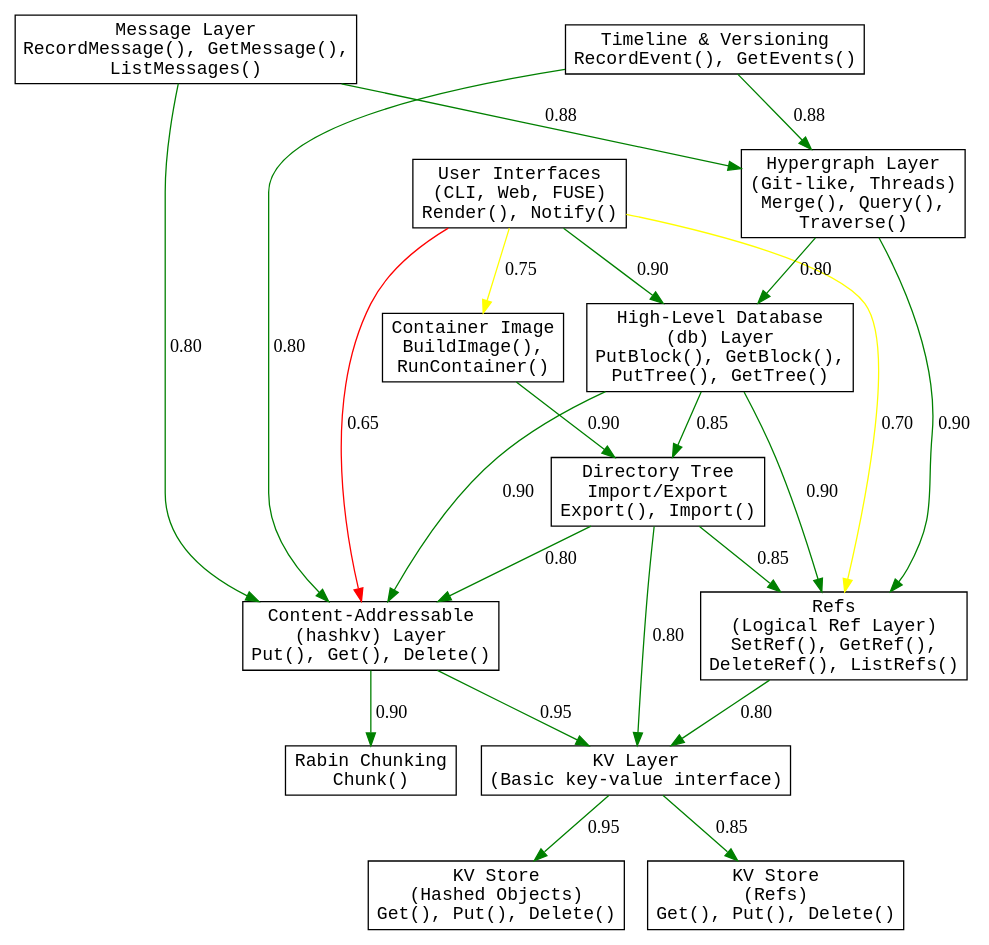
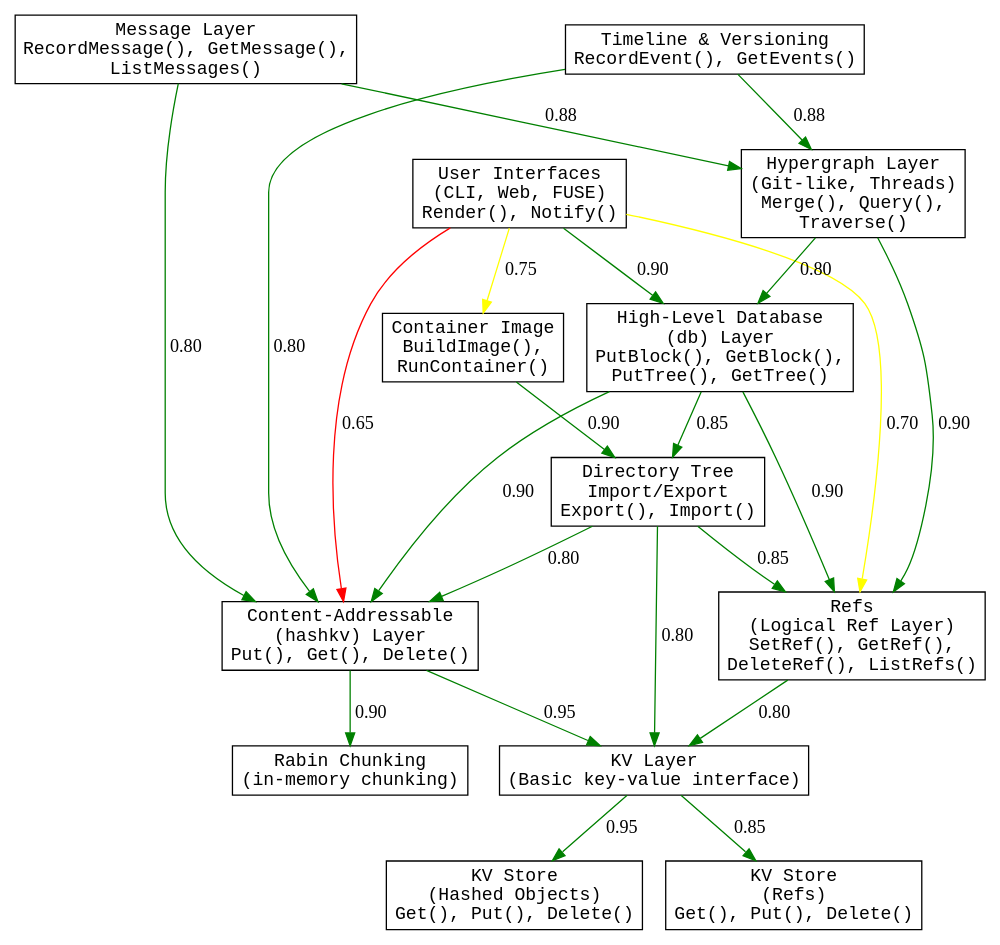
Before and after one commit to stevegt/promisebase: the diagram in x/layers.dot, drawn with Graphviz. The commit also changed 3 other files, not shown here.

```diff
--- a/x/layers.dot
+++ b/x/layers.dot
@@ -1,58 +1,58 @@
 /* This graph illustrates the layered architecture for Promisebase.
 Each node represents a module or layer and edges indicate flows. */
 digraph Layers {
   rankdir=TB;
   node [shape=box, style=filled, fillcolor=white,
     fontname="monospace"];
 
   UI [label="User Interfaces\n(CLI, Web, FUSE)\nRender(), Notify()"];
   Message [label="Message Layer\nRecordMessage(), GetMessage(),\nListMessages()"];
   Timeline [label="Timeline & Versioning\nRecordEvent(), GetEvents()"];
   HGraph [label="Hypergraph Layer\n(Git-like, Threads)\nMerge(), Query(),\nTraverse()"];
   DB [label="High-Level Database\n(db) Layer\nPutBlock(), GetBlock(),\nPutTree(), GetTree()"];
   Refs [label="Refs\n(Logical Ref Layer)\nSetRef(), GetRef(),\nDeleteRef(), ListRefs()"];
   HashKV [label="Content-Addressable\n(hashkv) Layer\nPut(), Get(), Delete()"];
-  Rabin [label="Rabin Chunking\nChunk()"];
+  Rabin [label="Rabin Chunking\n(in-memory chunking)"];
   kv [label="KV Layer\n(Basic key-value interface)"];
   KV_Hashed [label="KV Store\n(Hashed Objects)\nGet(), Put(), Delete()"];
   KV_Refs [label="KV Store\n(Refs)\nGet(), Put(), Delete()"];
   DirTree [label="Directory Tree\nImport/Export\nExport(), Import()"];
   ContainerImage [label="Container Image\nBuildImage(),\nRunContainer()"];
 
   // Primary flows from multiple roots.
   UI -> DB [label="0.90", color="green"];
   Message -> HGraph [label="0.88", color="green"];
   Timeline -> HGraph [label="0.88", color="green"];
   HGraph -> DB [label="0.80", color="green"];
 
   // Alternative connections from roots.
   UI -> HashKV [label="0.65", color="red"];
   Message -> HashKV [label="0.80", color="green"];
   Timeline -> HashKV [label="0.80", color="green"];
   UI -> Refs [label="0.70", color="yellow"];
 
   // Ref integration via storage backend.
   HGraph -> Refs [label="0.90", color="green"];
 
   // High-level DB flows.
   DB -> HashKV [label="0.90", color="green"];
   DB -> Refs [label="0.90", color="green"];
 
   // Rabin chunking is placed above KV layer.
   HashKV -> Rabin [label="0.90", color="green"];
   HashKV -> kv [label="0.95", color="green"];
   kv -> KV_Hashed [label="0.95", color="green"];
   kv -> KV_Refs [label="0.85", color="green"];
 
   // Directory tree module integrates with several layers.
   DB -> DirTree [label="0.85", color="green"];
   DirTree -> kv [label="0.80", color="green"];
   DirTree -> HashKV [label="0.80", color="green"];
   DirTree -> Refs [label="0.85", color="green"];
 
   // Container image layer as an alternative UI leaf.
   UI -> ContainerImage [label="0.75", color="yellow"];
   ContainerImage -> DirTree [label="0.90", color="green"];
 
   Refs -> kv [label="0.80", color="green"];
 }
```
